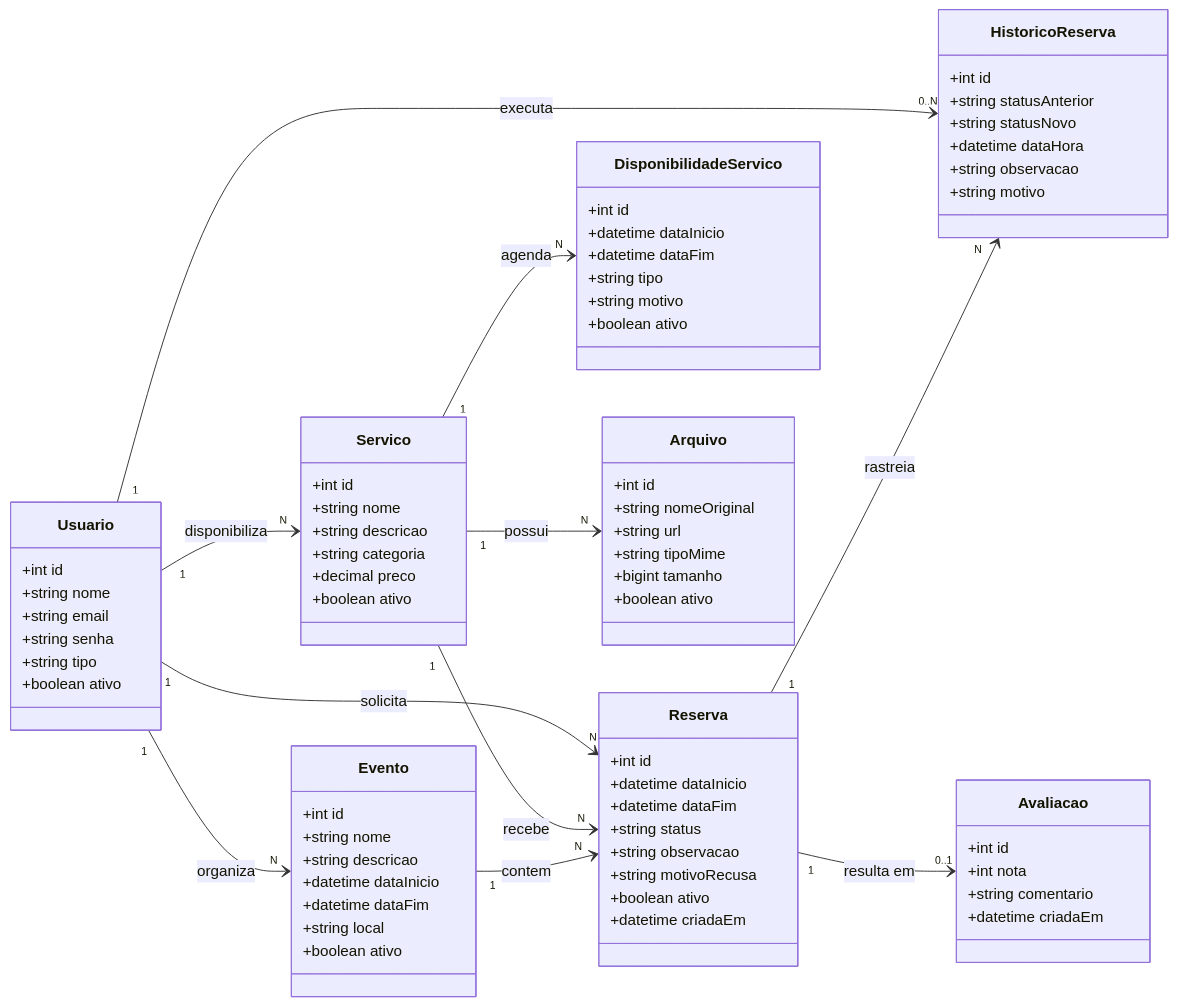
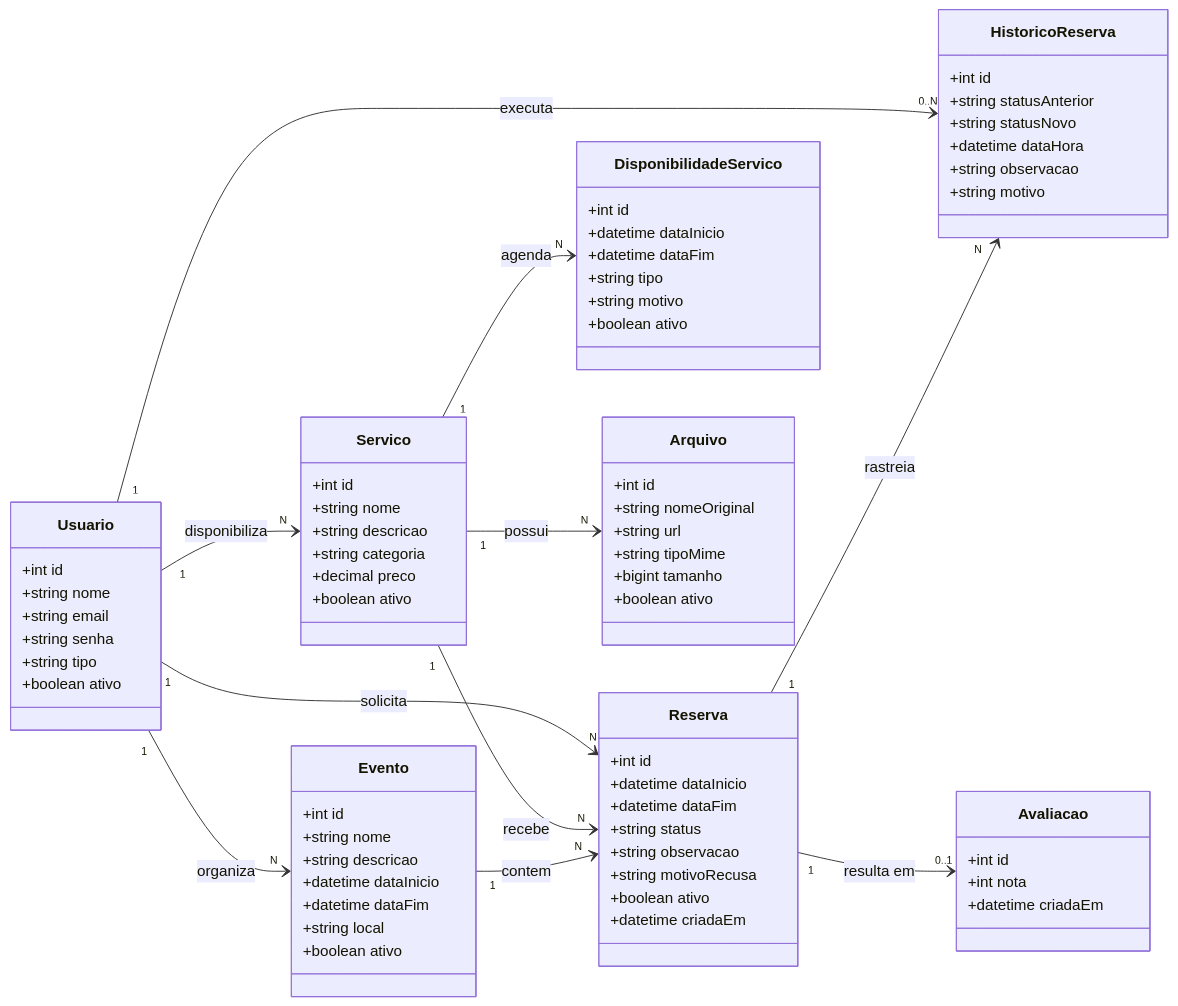
One commit to dudanegreiro/EventFy changed the diagram in docs/diagrams/dominio.mmd. Above: the diagram before and after it, drawn with Mermaid. The commit also changed 9 other files, not shown here.

```diff
--- a/docs/diagrams/dominio.mmd
+++ b/docs/diagrams/dominio.mmd
@@ -1,79 +1,78 @@
 classDiagram
     direction LR
 
     Usuario "1" --> "N" Evento : organiza
     Usuario "1" --> "N" Servico : disponibiliza
     Usuario "1" --> "N" Reserva : solicita
     Usuario "1" --> "0..N" HistoricoReserva : executa
     Servico "1" --> "N" DisponibilidadeServico : agenda
     Servico "1" --> "N" Arquivo : possui
     Servico "1" --> "N" Reserva : recebe
     Evento "1" --> "N" Reserva : contem
     Reserva "1" --> "N" HistoricoReserva : rastreia
     Reserva "1" --> "0..1" Avaliacao : resulta em
 
     class Usuario {
         +int id
         +string nome
         +string email
         +string senha
         +string tipo
         +boolean ativo
     }
     class Evento {
         +int id
         +string nome
         +string descricao
         +datetime dataInicio
         +datetime dataFim
         +string local
         +boolean ativo
     }
     class Servico {
         +int id
         +string nome
         +string descricao
         +string categoria
         +decimal preco
         +boolean ativo
     }
     class DisponibilidadeServico {
         +int id
         +datetime dataInicio
         +datetime dataFim
         +string tipo
         +string motivo
         +boolean ativo
     }
     class Arquivo {
         +int id
         +string nomeOriginal
         +string url
         +string tipoMime
         +bigint tamanho
         +boolean ativo
     }
     class Reserva {
         +int id
         +datetime dataInicio
         +datetime dataFim
         +string status
         +string observacao
         +string motivoRecusa
         +boolean ativo
         +datetime criadaEm
     }
     class HistoricoReserva {
         +int id
         +string statusAnterior
         +string statusNovo
         +datetime dataHora
         +string observacao
         +string motivo
     }
     class Avaliacao {
         +int id
         +int nota
-        +string comentario
         +datetime criadaEm
     }
```
